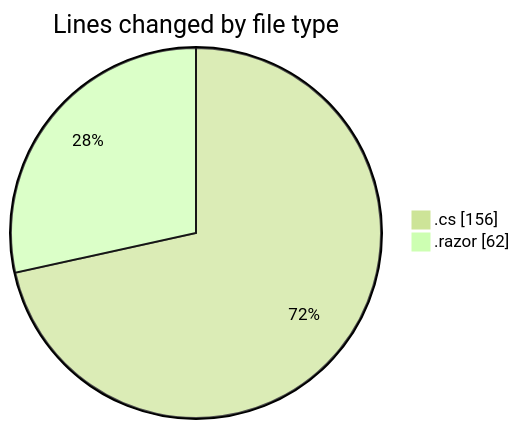
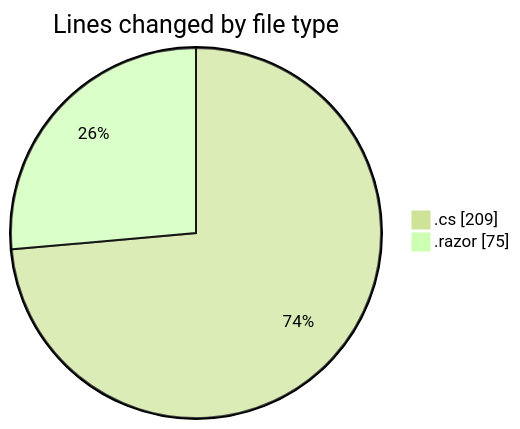
Before and after one commit to Netris89/code-tracking: the first of 2 diagrams in 2025-03-30/front-end/README.md, drawn with Mermaid (forest theme). The commit also changed other lines of this file and 1 other file, not shown here.

````diff
--- a/2025-03-30/front-end/README.md
+++ b/2025-03-30/front-end/README.md
@@ -22,6 +23,6 @@
 ```mermaid
 pie showData
 title Lines changed by file type
-".cs" : 156
-".razor" : 62
+".cs" : 209
+".razor" : 75
 ```
````
